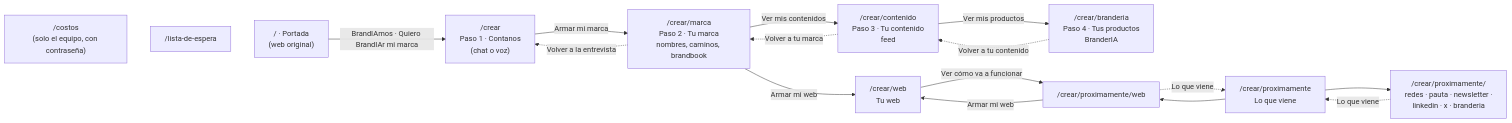
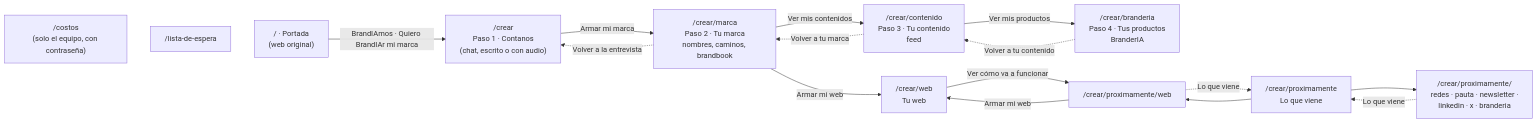
Before and after one commit to ezegarcia-crypto/build101: the diagram in equipo/paginas.md, drawn with Mermaid. The commit also changed other lines of this file and 12 other files, not shown here.

First line of the commit message:
Contar con audio en vez de hablar con BrandIA

````diff
--- a/equipo/paginas.md
+++ b/equipo/paginas.md
@@ -16,33 +16,33 @@
 ```mermaid
 flowchart LR
   portada["/ · Portada<br/>(web original)"]
   espera["/lista-de-espera"]
-  crear["/crear<br/>Paso 1 · Contanos<br/>(chat o voz)"]
+  crear["/crear<br/>Paso 1 · Contanos<br/>(chat, escrito o con audio)"]
   marca["/crear/marca<br/>Paso 2 · Tu marca<br/>nombres, caminos, brandbook"]
   contenido["/crear/contenido<br/>Paso 3 · Tu contenido<br/>feed"]
   branderia["/crear/branderia<br/>Paso 4 · Tus productos<br/>BranderIA"]
   web["/crear/web<br/>Tu web"]
   prox["/crear/proximamente<br/>Lo que viene"]
   proxweb["/crear/proximamente/web"]
   proxotras["/crear/proximamente/<br/>redes · pauta · newsletter ·<br/>linkedin · x · branderia"]
   costos["/costos<br/>(solo el equipo, con contraseña)"]
 
   crear -->|Armar mi marca| marca
   marca -->|Ver mis contenidos| contenido
   marca -->|Armar mi web| web
   contenido -->|Ver mis productos| branderia
   web -->|Ver cómo va a funcionar| proxweb
   proxweb -->|Armar mi web| web
   prox --> proxweb
   prox --> proxotras
   proxotras -.->|Lo que viene| prox
   proxweb -.->|Lo que viene| prox
 
   marca -.->|Volver a la entrevista| crear
   contenido -.->|Volver a tu marca| marca
   branderia -.->|Volver a tu contenido| contenido
 
   portada -->|BrandIAmos · Quiero BrandIAr mi marca| crear
   espera ~~~ portada
   costos ~~~ espera
 ```
````
